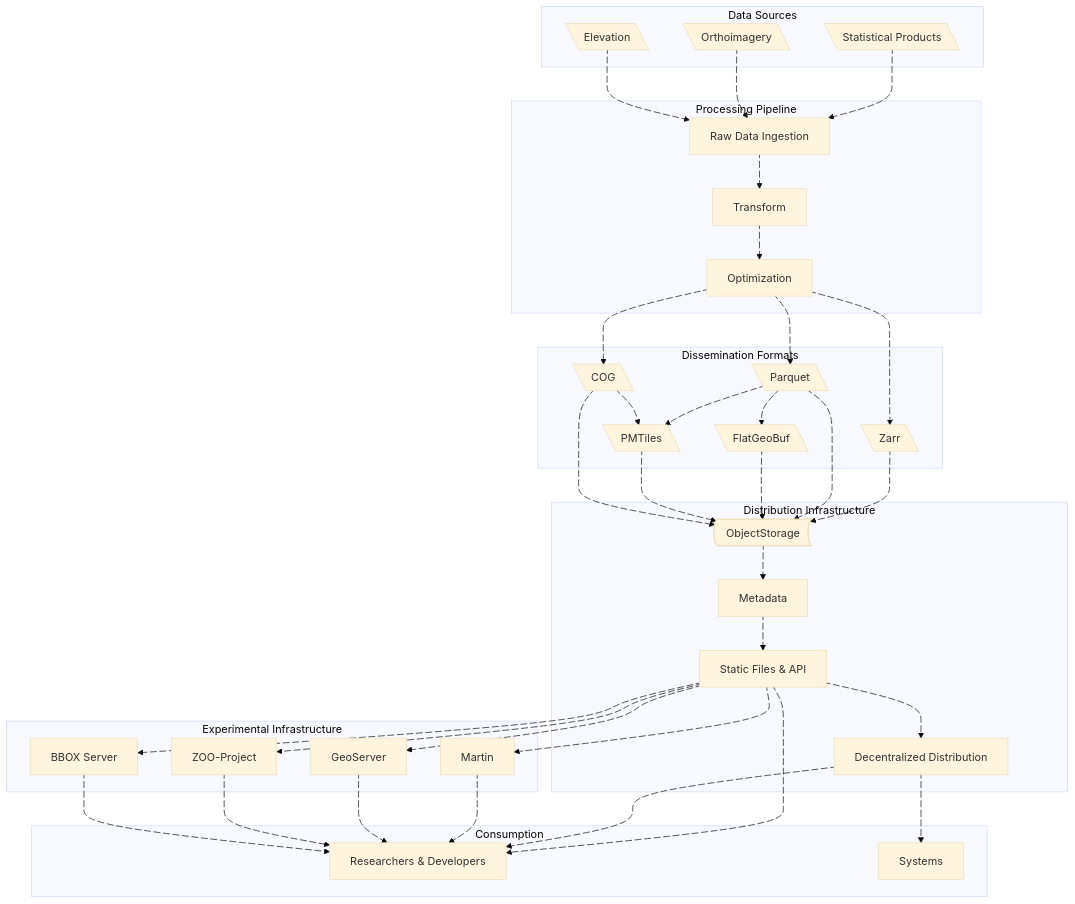
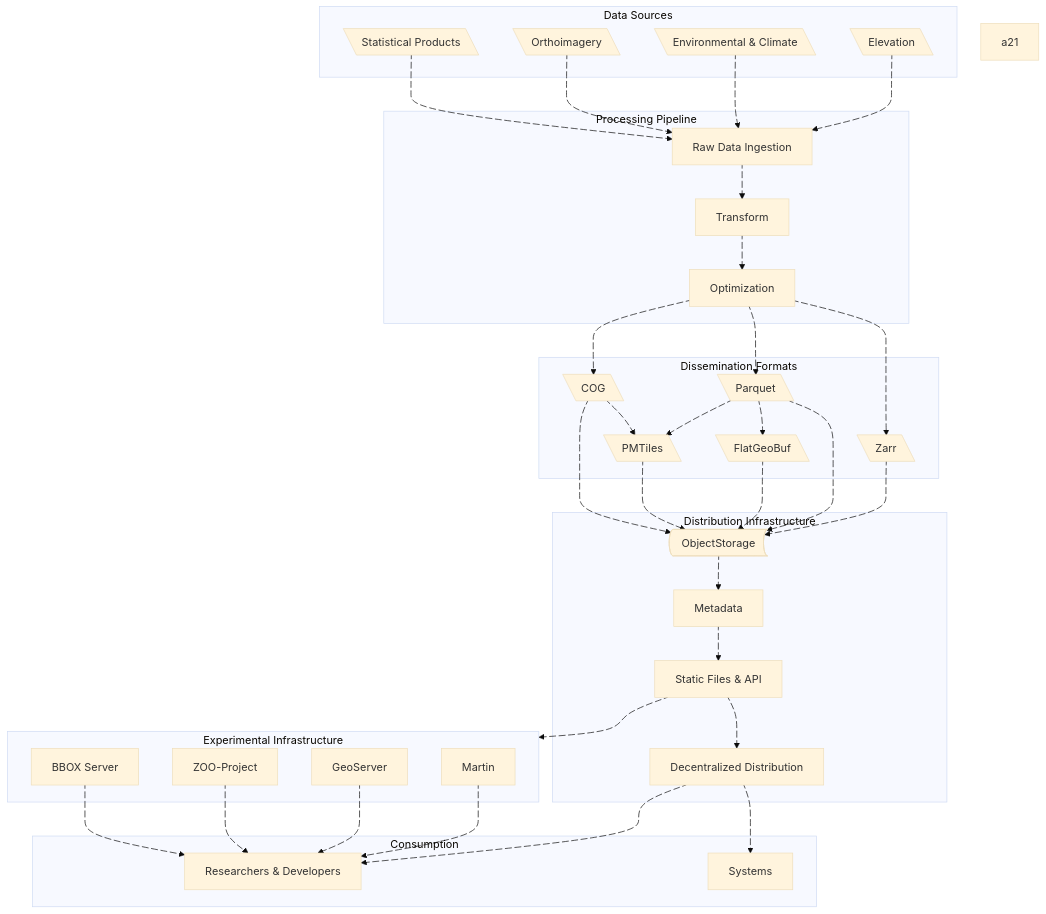
One commit to dataforcanada/www.dataforcanada.org changed the diagram in content/_index.md. Above: the diagram before and after it, drawn with Mermaid (base theme).

Commit message:
Simplify high-level overview diagram on homepage

```diff
--- a/content/_index.md
+++ b/content/_index.md
@@ -26,6 +26,7 @@
         StatProducts@{ shape: lean-l, label: "Statistical Products"}
         Orthoimagery@{ shape: lean-l}
         Elevation@{ shape: lean-l}
+        EnvironmentClimate@{ shape: lean-l, label: "Environmental & Climate"}
     end
 
     subgraph "Processing Pipeline"
@@ -49,7 +50,7 @@
         DecentralizedDistribution@{ shape: rect, label: "Decentralized Distribution"}
     end
 
-    subgraph "Experimental Infrastructure"
+    subgraph ei [Experimental Infrastructure]
         Martin@{ shape: rect}
         GeoServer@{ shape: rect}
         ZOOProject@{ shape: rect, label: "ZOO-Project"}
@@ -62,12 +63,14 @@
     end
 
     %% Relationships
+    Elevation a3@--> Raw
+    a3@{animate: true, animation: slow}
+    EnvironmentClimate a31@--> Raw
+    a31@{animate: true, animation: slow}
+    Orthoimagery a2@--> Raw
+    a2@{animate: true, animation: slow}
     StatProducts a1@--> Raw
     a1@{animate: true, animation: slow}
-    Orthoimagery a2@--> Raw
-    a2@{animate: true, animation: slow}
-    Elevation a3@--> Raw
-    a3@{animate: true, animation: slow}
     Raw a4@--> Transform
     a4@{animate: true, animation: slow}
     Transform a5@--> Opt
@@ -98,17 +101,10 @@
     a14@{animate: true, animation: slow}
     Metadata a15@--> HTTP
     a15@{animate: true, animation: slow}
-    HTTP a16@--> DataSci
+    HTTP a16@--> ei
     a16@{animate: true, animation: slow}
     HTTP a17@--> DecentralizedDistribution
     a17@{animate: true, animation: slow}
-    HTTP a18@--> Martin
-    a18@{animate: true, animation: slow}
-    HTTP a19@--> GeoServer
-    a19@{animate: true, animation: slow}
-    HTTP a20@--> ZOOProject
-    a20@{animate: true, animation: slow}
-    HTTP a21@--> BBOXServer
     a21@{animate: true, animation: slow}
     DecentralizedDistribution a22@--> Systems
     a22@{animate: true, animation: fast}
```
